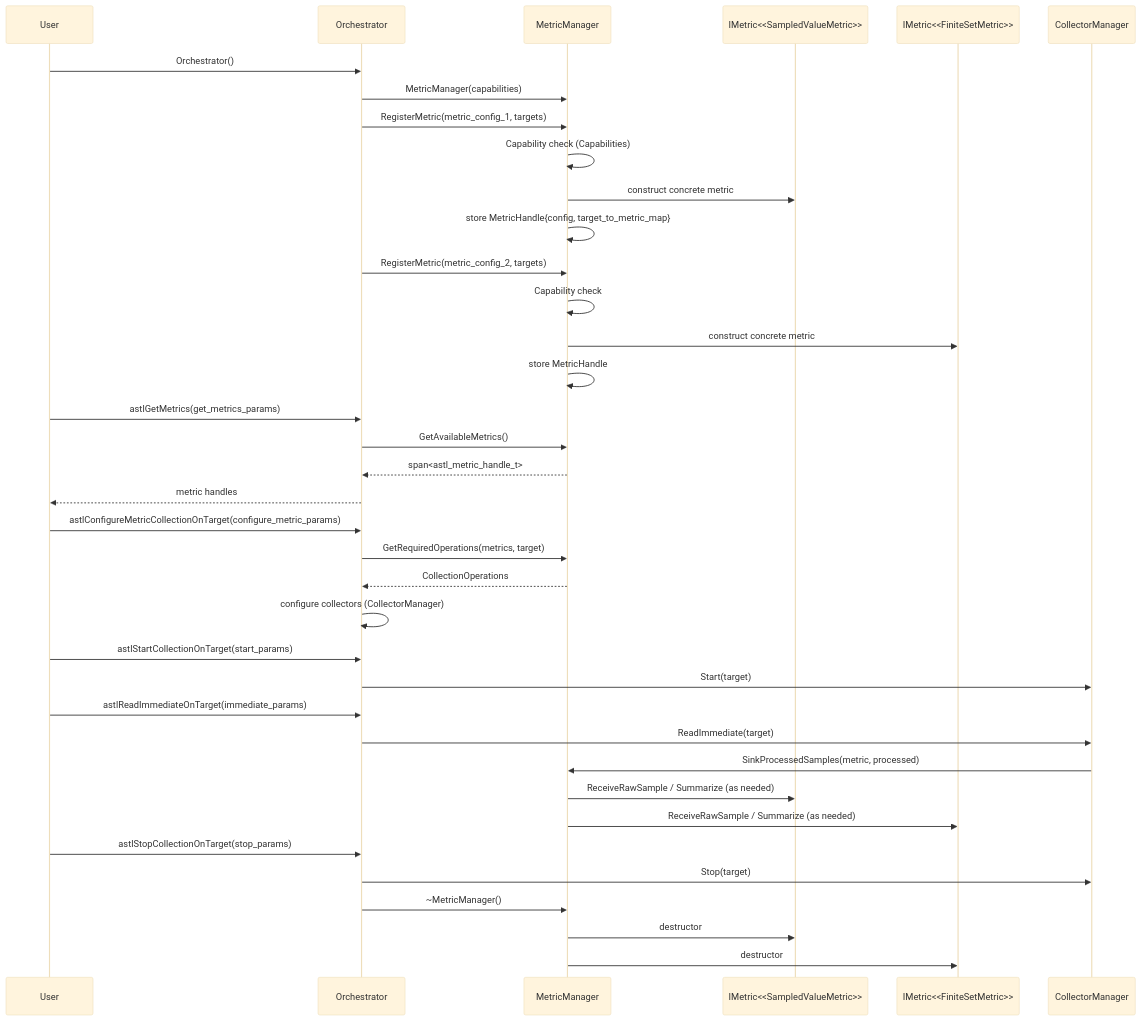
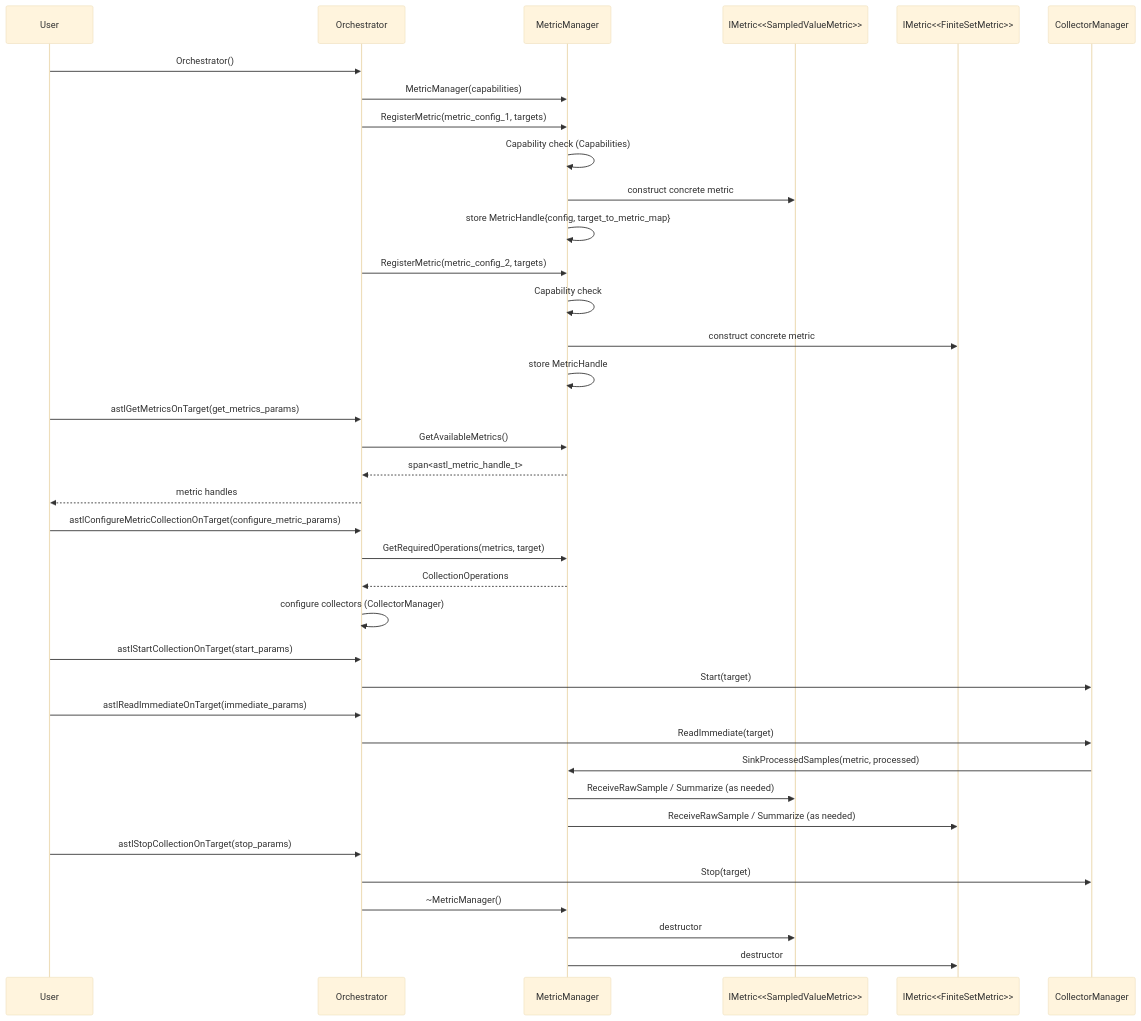
One commit to arm/ASTL changed the diagram in doc/design/MetricManager_sequence.mmd. Above: the diagram before and after it, drawn with Mermaid (base theme). The commit also changed 50 other files, not shown here.

```diff
--- a/doc/design/MetricManager_sequence.mmd
+++ b/doc/design/MetricManager_sequence.mmd
@@ -1,55 +1,55 @@
 %% SPDX-FileCopyrightText: 2026 Arm Limited and/or its affiliates <open-source-office@arm.com>
 %%
 %% SPDX-License-Identifier: Apache-2.0
 
 sequenceDiagram
     %% Participants reflect concrete / interface names in codebase
     participant User
     participant Orchestrator
     participant MetricManager
     participant Metric1 as IMetric<<SampledValueMetric>>
     participant Metric2 as IMetric<<FiniteSetMetric>>
 
     %% Construction
     User->>Orchestrator: Orchestrator()
     Orchestrator->>MetricManager: MetricManager(capabilities)
 
     %% Register first metric configuration
     Orchestrator->>MetricManager: RegisterMetric(metric_config_1, targets)
     MetricManager->>MetricManager: Capability check (Capabilities)
     MetricManager->>Metric1: construct concrete metric
     MetricManager->>MetricManager: store MetricHandle{config, target_to_metric_map}
 
     %% Register second metric configuration (FiniteSetMetric example)
     Orchestrator->>MetricManager: RegisterMetric(metric_config_2, targets)
     MetricManager->>MetricManager: Capability check
     MetricManager->>Metric2: construct concrete metric
     MetricManager->>MetricManager: store MetricHandle
 
-    %% Enumeration from public API call (astlGetMetrics -> GetAvailableMetrics)
-    User->>Orchestrator: astlGetMetrics(get_metrics_params)
+    %% Enumeration from public API call (astlGetMetricsOnTarget -> GetAvailableMetrics)
+    User->>Orchestrator: astlGetMetricsOnTarget(get_metrics_params)
     Orchestrator->>MetricManager: GetAvailableMetrics()
     MetricManager-->>Orchestrator: span<astl_metric_handle_t>
     Orchestrator-->>User: metric handles
 
     %% Build required operations for a target prior to collection
     User->>Orchestrator: astlConfigureMetricCollectionOnTarget(configure_metric_params)
     Orchestrator->>MetricManager: GetRequiredOperations(metrics, target)
     MetricManager-->>Orchestrator: CollectionOperations
     Orchestrator->>Orchestrator: configure collectors (CollectorManager)
 
     %% Collection lifecycle (simplified)
     User->>Orchestrator: astlStartCollectionOnTarget(start_params)
     Orchestrator->>CollectorManager: Start(target)
     User->>Orchestrator: astlReadImmediateOnTarget(immediate_params)
     Orchestrator->>CollectorManager: ReadImmediate(target)
     CollectorManager->>MetricManager: SinkProcessedSamples(metric, processed)
     MetricManager->>Metric1: ReceiveRawSample / Summarize (as needed)
     MetricManager->>Metric2: ReceiveRawSample / Summarize (as needed)
     User->>Orchestrator: astlStopCollectionOnTarget(stop_params)
     Orchestrator->>CollectorManager: Stop(target)
 
     %% Destruction
     Orchestrator->>MetricManager: ~MetricManager()
     MetricManager->>Metric1: destructor
     MetricManager->>Metric2: destructor
```
